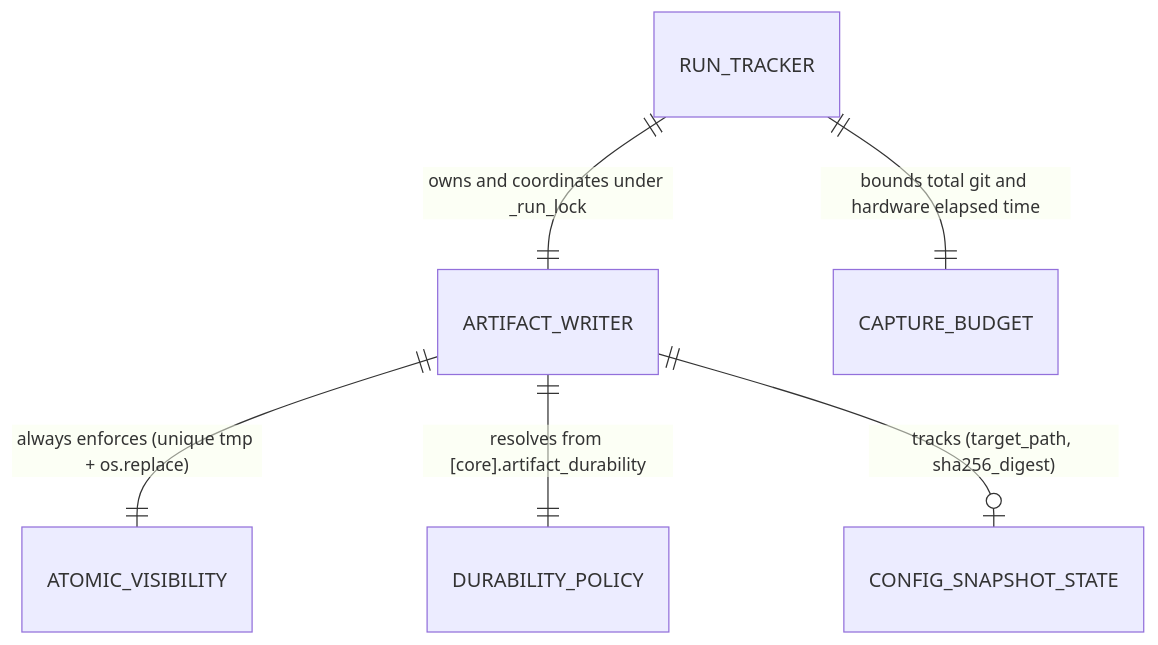
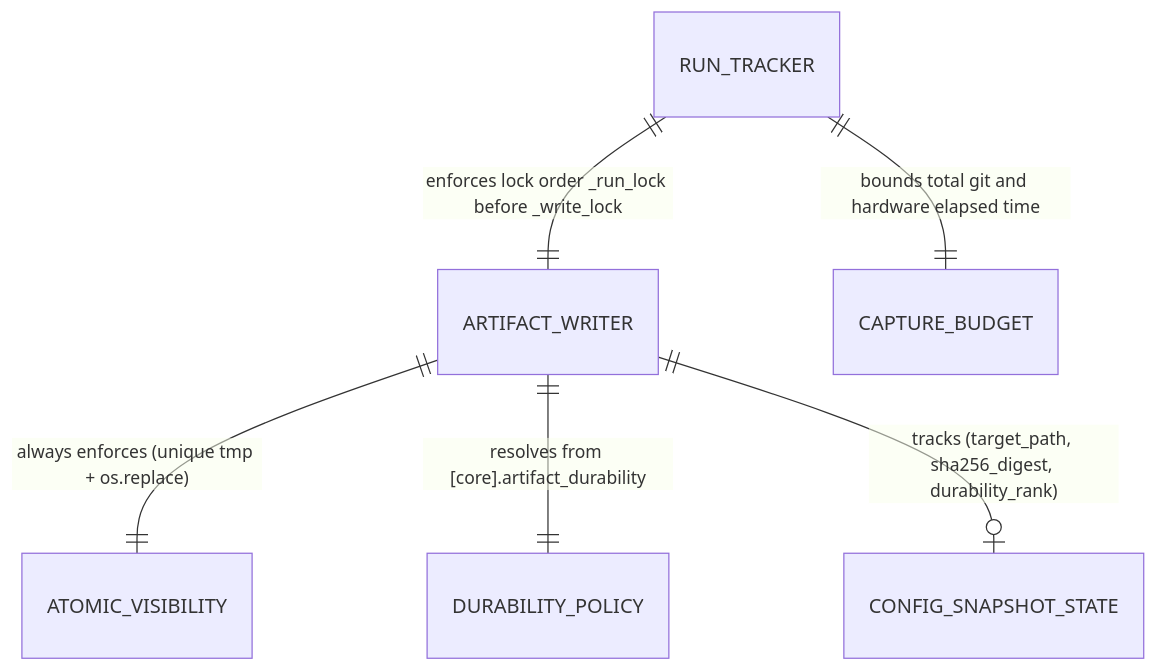
One commit to fariello/pubrun changed the second of 2 diagrams in .aw/records/plans/pending/20261121-startup-perf-03-tkmm5p-snapshot-write-coalescing-durability-policy-and-bounded-capt.ipd.md. Above: the diagram before and after it, drawn with Mermaid. The commit also changed other lines of this file and 1 other file, not shown here.

````diff
--- a/.aw/records/plans/pending/20261121-startup-perf-03-tkmm5p-snapshot-write-coalescing-durability-policy-and-bounded-capt.ipd.md
+++ b/.aw/records/plans/pending/20261121-startup-perf-03-tkmm5p-snapshot-write-coalescing-durability-policy-and-bounded-capt.ipd.md
@@ -54,8 +65,8 @@
 ```mermaid
 erDiagram
     ARTIFACT_WRITER ||--|| ATOMIC_VISIBILITY : "always enforces (unique tmp + os.replace)"
     ARTIFACT_WRITER ||--|| DURABILITY_POLICY : "resolves from [core].artifact_durability"
-    ARTIFACT_WRITER ||--o| CONFIG_SNAPSHOT_STATE : "tracks (target_path, sha256_digest)"
-    RUN_TRACKER ||--|| ARTIFACT_WRITER : "owns and coordinates under _run_lock"
+    ARTIFACT_WRITER ||--o| CONFIG_SNAPSHOT_STATE : "tracks (target_path, sha256_digest, durability_rank)"
+    RUN_TRACKER ||--|| ARTIFACT_WRITER : "enforces lock order _run_lock before _write_lock"
     RUN_TRACKER ||--|| CAPTURE_BUDGET : "bounds total git and hardware elapsed time"
 ```
````
